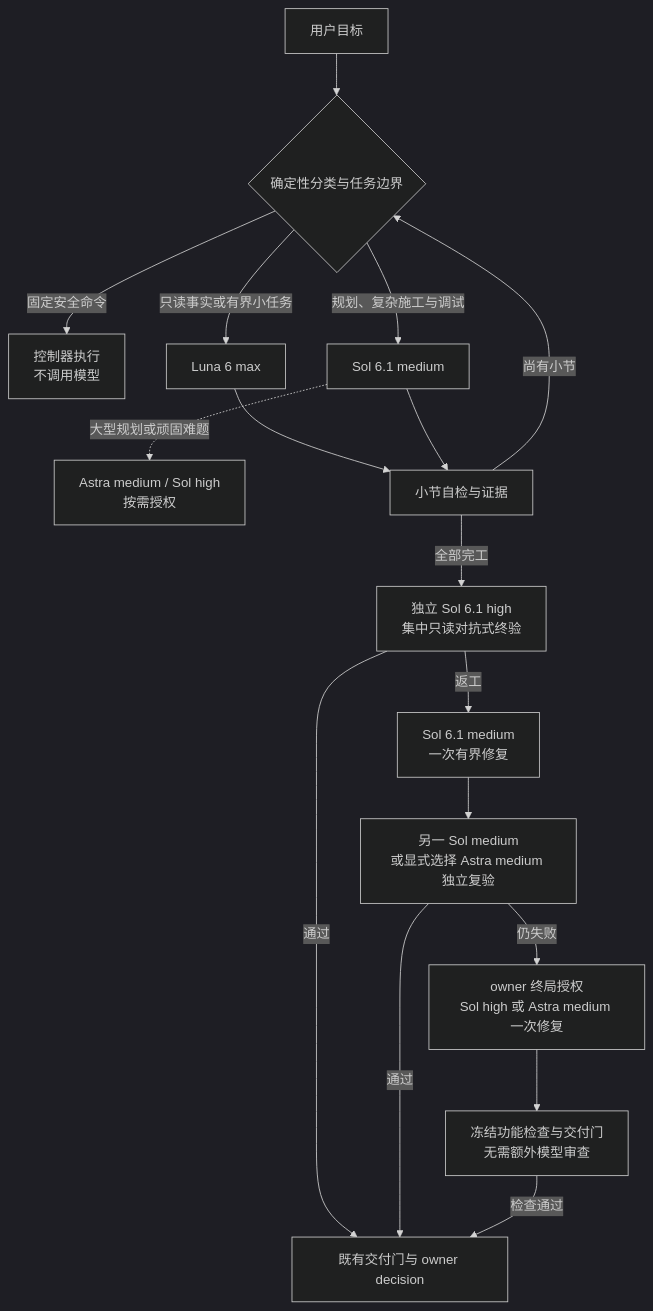
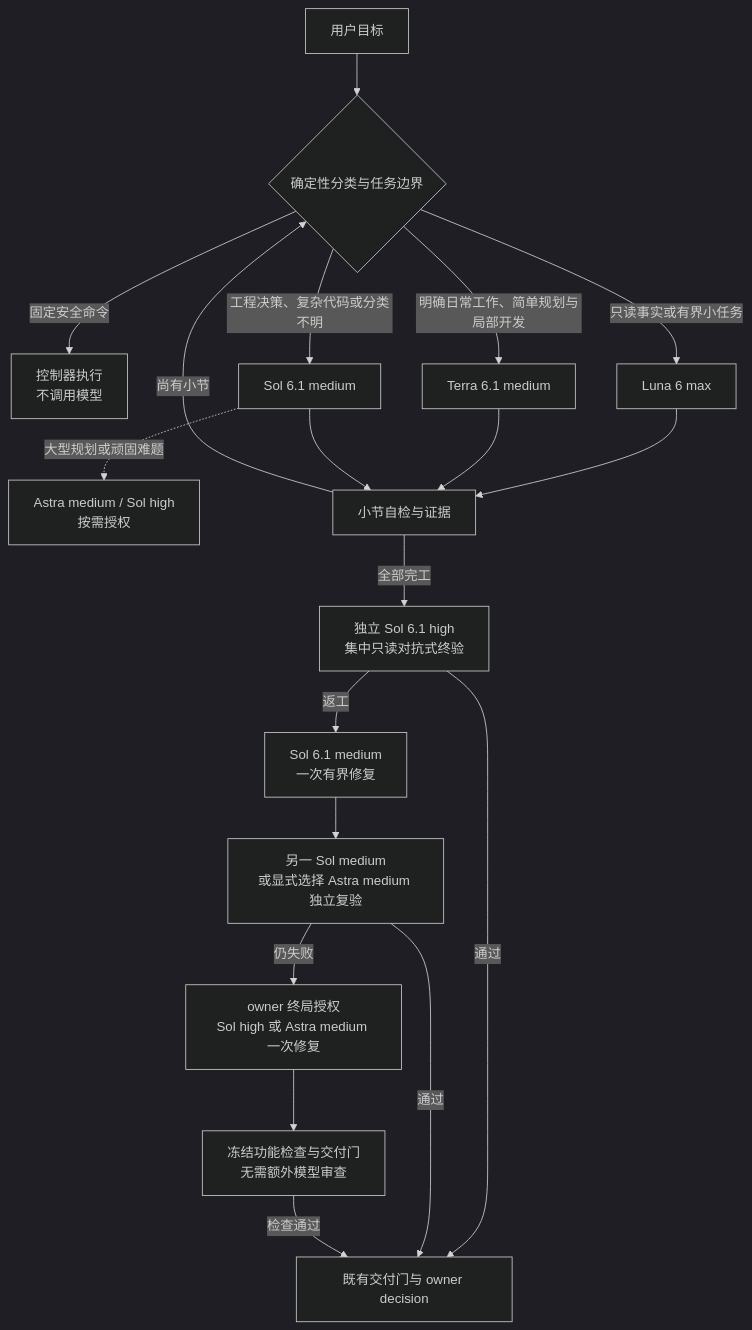
The first of 2 diagrams in README.md (New2taste/codex-team), drawn with Mermaid (dark theme) before and after one commit. The commit also changed other lines of this file and 54 other files, not shown here.

````diff
--- a/README.md
+++ b/README.md
@@ -43,19 +44,21 @@
 ```mermaid
 flowchart TD
     A[用户目标] --> B{确定性分类与任务边界}
     B -->|固定安全命令| C[控制器执行<br/>不调用模型]
     B -->|只读事实或有界小任务| D[Luna 6 max]
-    B -->|规划、复杂施工与调试| E[Sol 6.1 medium]
+    B -->|明确日常工作、简单规划与局部开发| T[Terra 6.1 medium]
+    B -->|工程决策、复杂代码或分类不明| E[Sol 6.1 medium]
     E -. 大型规划或顽固难题 .-> F[Astra medium / Sol high<br/>按需授权]
     D --> G[小节自检与证据]
+    T --> G
     E --> G
     G -->|尚有小节| B
     G -->|全部完工| H[独立 Sol 6.1 high<br/>集中只读对抗式终验]
     H -->|通过| I[既有交付门与 owner decision]
     H -->|返工| J[Sol 6.1 medium<br/>一次有界修复]
     J --> K[另一 Sol medium<br/>或显式选择 Astra medium 独立复验]
     K -->|通过| I
     K -->|仍失败| L[owner 终局授权<br/>Sol high 或 Astra medium 一次修复]
     L --> M[冻结功能检查与交付门<br/>无需额外模型审查]
     M -->|检查通过| I
 ```
````
